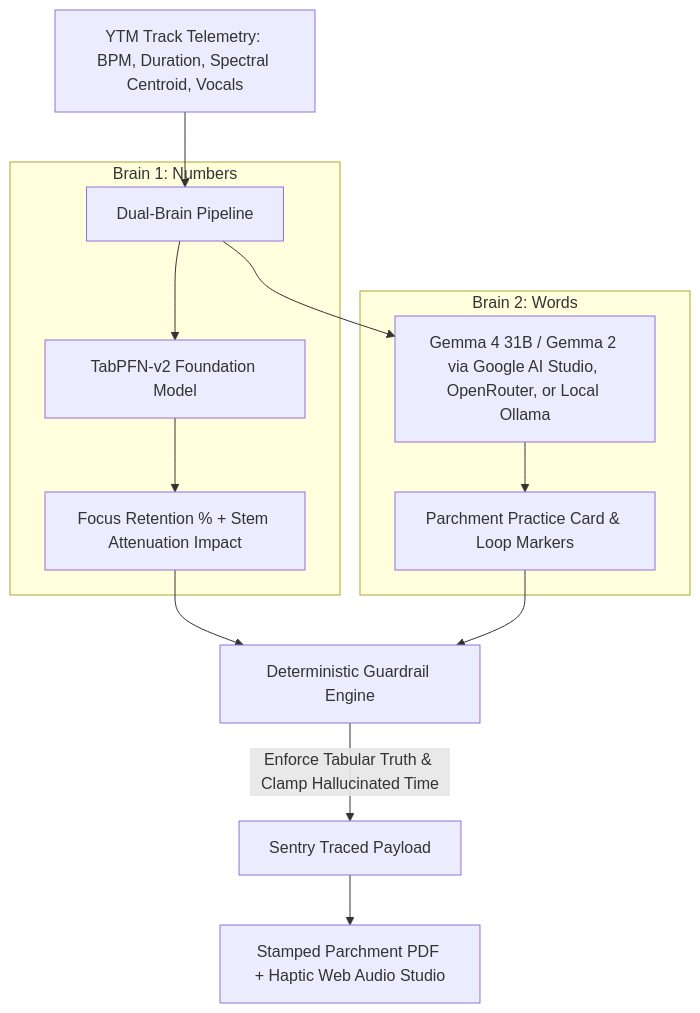
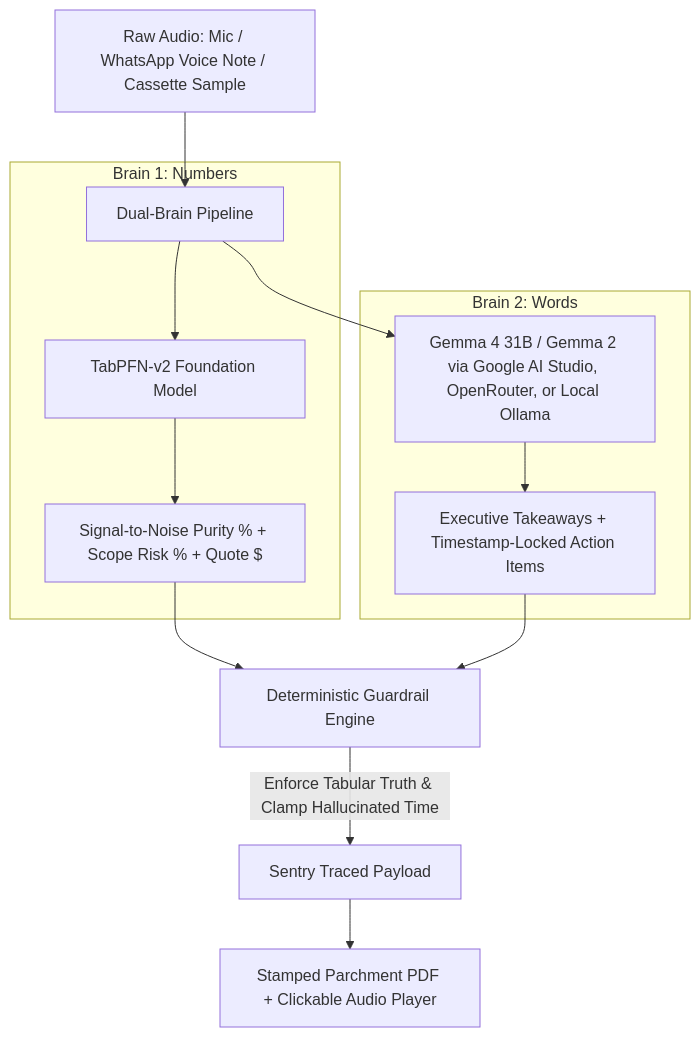
Before and after one commit to Labreo/audiobite.tech: the diagram in SUBMISSION_POST.md, drawn with Mermaid. The commit also changed other lines of this file and 18 other files, not shown here.

Commit message:
feat: surgical pivot to tactile voice-note & audio-to-action studio (audiobite.tech)

````diff
--- a/SUBMISSION_POST.md
+++ b/SUBMISSION_POST.md
@@ -40,20 +41,20 @@
 ```mermaid
 graph TD
-    A[YTM Track Telemetry: BPM, Duration, Spectral Centroid, Vocals] --> B[Dual-Brain Pipeline]
+    A[Raw Audio: Mic / WhatsApp Voice Note / Cassette Sample] --> B[Dual-Brain Pipeline]
     
     subgraph Brain 1: Numbers
     B --> C[TabPFN-v2 Foundation Model]
-    C --> D[Focus Retention % + Stem Attenuation Impact]
+    C --> D[Signal-to-Noise Purity % + Scope Risk % + Quote $]
     end
     
     subgraph Brain 2: Words
     B --> E[Gemma 4 31B / Gemma 2 via Google AI Studio, OpenRouter, or Local Ollama]
-    E --> F[Parchment Practice Card & Loop Markers]
+    E --> F[Executive Takeaways + Timestamp-Locked Action Items]
     end
     
     D --> G[Deterministic Guardrail Engine]
     F --> G
     
     G -->|Enforce Tabular Truth & Clamp Hallucinated Time| H[Sentry Traced Payload]
-    H --> I[Stamped Parchment PDF + Haptic Web Audio Studio]
+    H --> I[Stamped Parchment PDF + Clickable Audio Player]
 ```
````
